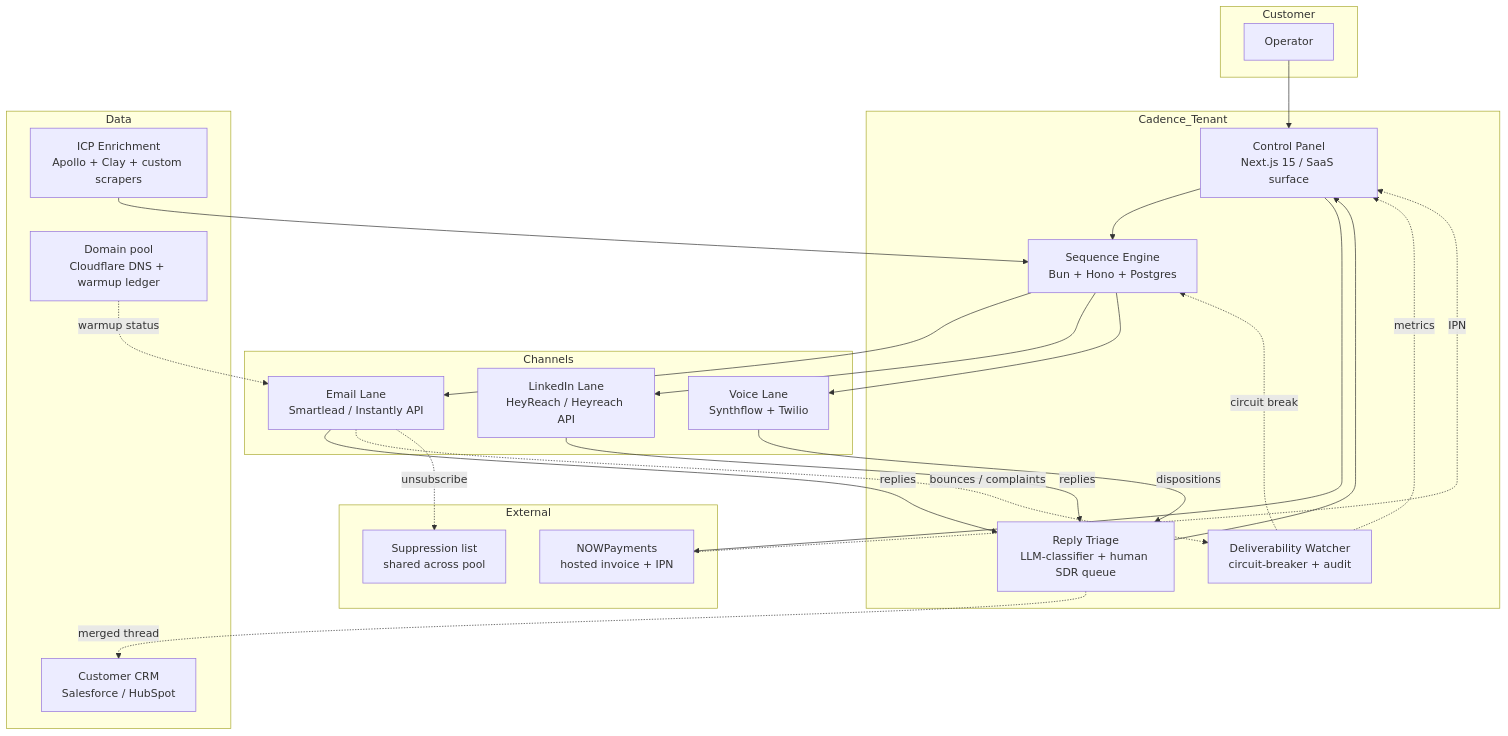
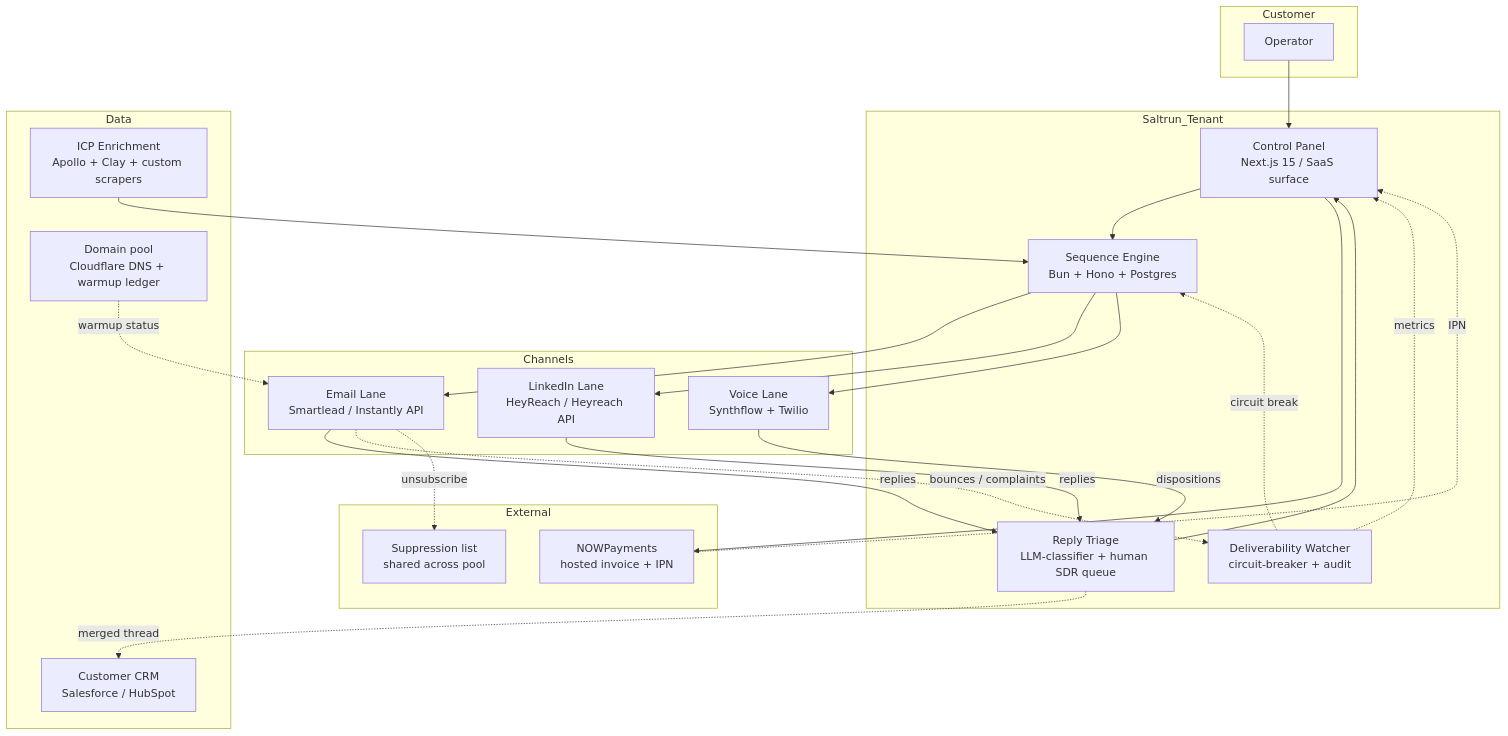
Before and after one commit to prin7r-projects/outbound-sales-machines: the diagram in docs/02-architecture.md, drawn with Mermaid. The commit also changed other lines of this file and 23 other files, not shown here.

First line of the commit message:
Rebrand: Cadence → Saltrun (FAIL on Salesloft Cadence trademark+category conflict)

````diff
--- a/docs/02-architecture.md
+++ b/docs/02-architecture.md
@@ -7,49 +7,49 @@
 ```mermaid
 flowchart TD
   subgraph Customer
     OP[Operator]
   end
 
-  subgraph Cadence_Tenant
+  subgraph Saltrun_Tenant
     CTRL[Control Panel<br/>Next.js 15 / SaaS surface]
     SEQ[Sequence Engine<br/>Bun + Hono + Postgres]
     REPLY[Reply Triage<br/>LLM-classifier + human SDR queue]
     DELIV[Deliverability Watcher<br/>circuit-breaker + audit]
   end
 
   subgraph Channels
     EMAIL[Email Lane<br/>Smartlead / Instantly API]
     LI[LinkedIn Lane<br/>HeyReach / Heyreach API]
     VOICE[Voice Lane<br/>Synthflow + Twilio]
   end
 
   subgraph Data
     ICP[ICP Enrichment<br/>Apollo + Clay + custom scrapers]
     DOMAINS[Domain pool<br/>Cloudflare DNS + warmup ledger]
     CRM[Customer CRM<br/>Salesforce / HubSpot]
   end
 
   subgraph External
     NP[NOWPayments<br/>hosted invoice + IPN]
     SUP[Suppression list<br/>shared across pool]
   end
 
   OP --> CTRL
   CTRL --> SEQ
   SEQ --> EMAIL
   SEQ --> LI
   SEQ --> VOICE
   EMAIL -- replies --> REPLY
   LI -- replies --> REPLY
   VOICE -- dispositions --> REPLY
   REPLY --> CTRL
   REPLY -.merged thread.-> CRM
   ICP --> SEQ
   DOMAINS -.warmup status.-> EMAIL
   DELIV -.metrics.-> CTRL
   EMAIL -.bounces / complaints.-> DELIV
   DELIV -.circuit break.-> SEQ
   CTRL --> NP
   NP -.IPN.-> CTRL
   EMAIL -. unsubscribe .-> SUP
 ```
````
